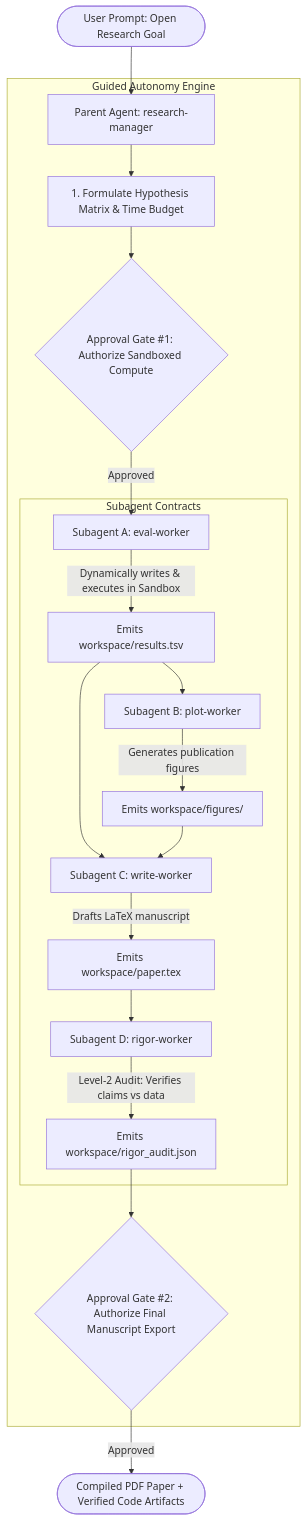
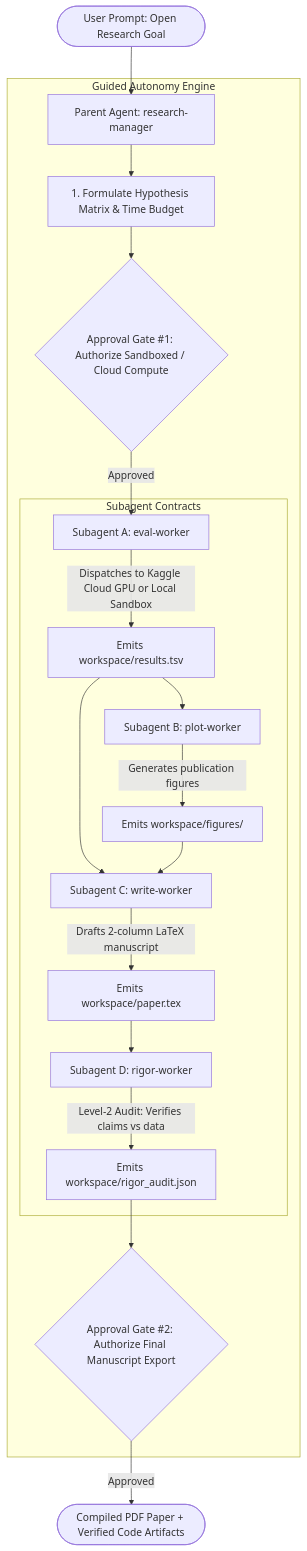
Before and after one commit to Its-Atharva-Gupta/forge-researcher: the diagram in README.md, drawn with Mermaid. The commit also changed other lines of this file and 1 other file, not shown here.

````diff
--- a/README.md
+++ b/README.md
@@ -29,27 +29,27 @@
 ```mermaid
 flowchart TD
     User([User Prompt: Open Research Goal]) --> RM[Parent Agent: research-manager]
     
     subgraph Guided Autonomy Engine
         RM --> Plan[1. Formulate Hypothesis Matrix & Time Budget]
-        Plan --> Gate1{Approval Gate #1: Authorize Sandboxed Compute}
+        Plan --> Gate1{Approval Gate #1: Authorize Sandboxed / Cloud Compute}
         
         Gate1 -- Approved --> SubA[Subagent A: eval-worker]
         
         subgraph Subagent Contracts
-            SubA -->|Dynamically writes & executes in Sandbox| Res[Emits workspace/results.tsv]
+            SubA -->|Dispatches to Kaggle Cloud GPU or Local Sandbox| Res[Emits workspace/results.tsv]
             Res --> SubB[Subagent B: plot-worker]
             SubB -->|Generates publication figures| Figs[Emits workspace/figures/]
             
             Res & Figs --> SubC[Subagent C: write-worker]
-            SubC -->|Drafts LaTeX manuscript| Paper[Emits workspace/paper.tex]
+            SubC -->|Drafts 2-column LaTeX manuscript| Paper[Emits workspace/paper.tex]
             
             Paper --> SubD[Subagent D: rigor-worker]
             SubD -->|Level-2 Audit: Verifies claims vs data| Audit[Emits workspace/rigor_audit.json]
         end
         
         Audit --> Gate2{Approval Gate #2: Authorize Final Manuscript Export}
     end
     
     Gate2 -- Approved --> FinalPDF([Compiled PDF Paper + Verified Code Artifacts])
 ```
````
